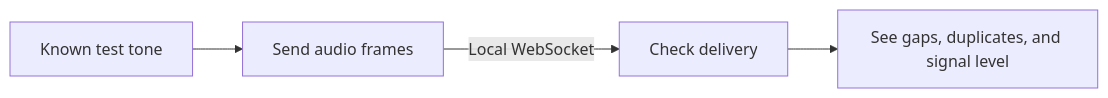
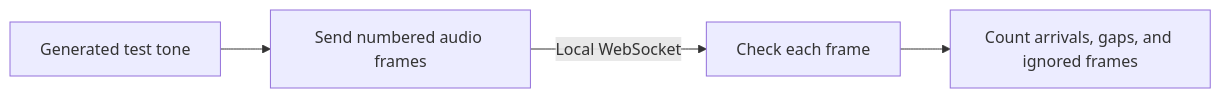
Before and after one commit to rodneyg/phantom-audio-lab: the diagram in README.md, drawn with Mermaid. The commit also changed other lines of this file and 1 other file, not shown here.

Commit message:
docs: clarify audio lab use cases, demo output, and contribution scope

````diff
--- a/README.md
+++ b/README.md
@@ -22,6 +20,6 @@
 ```mermaid
 flowchart LR
-    Tone[Known test tone] --> Sender[Send audio frames]
-    Sender -->|Local WebSocket| Receiver[Check delivery]
-    Receiver --> Report[See gaps, duplicates, and signal level]
+    Tone[Generated test tone] --> Sender[Send numbered audio frames]
+    Sender -->|Local WebSocket| Receiver[Check each frame]
+    Receiver --> Report[Count arrivals, gaps, and ignored frames]
 ```
````
